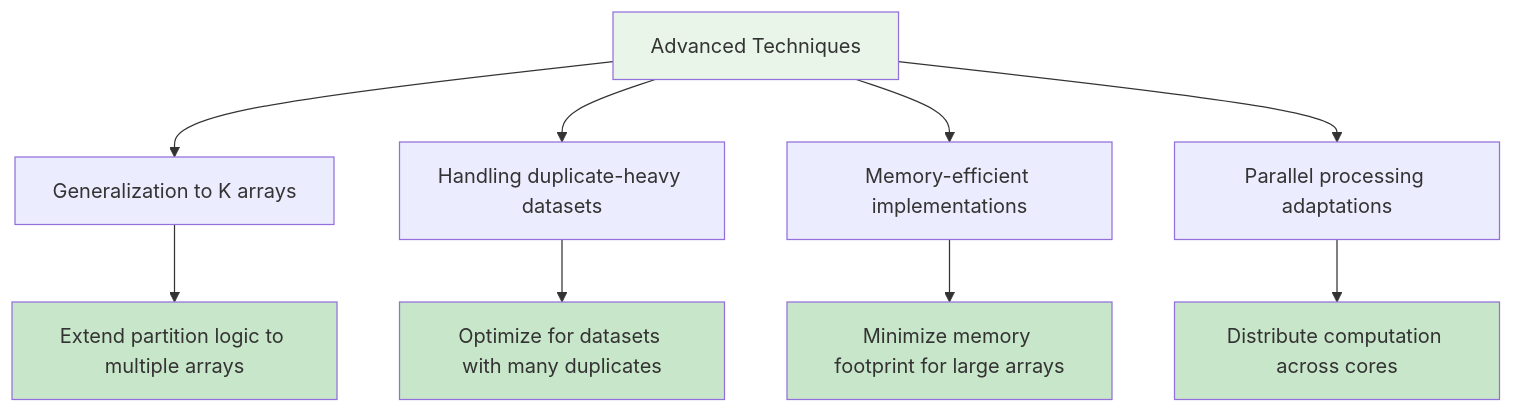
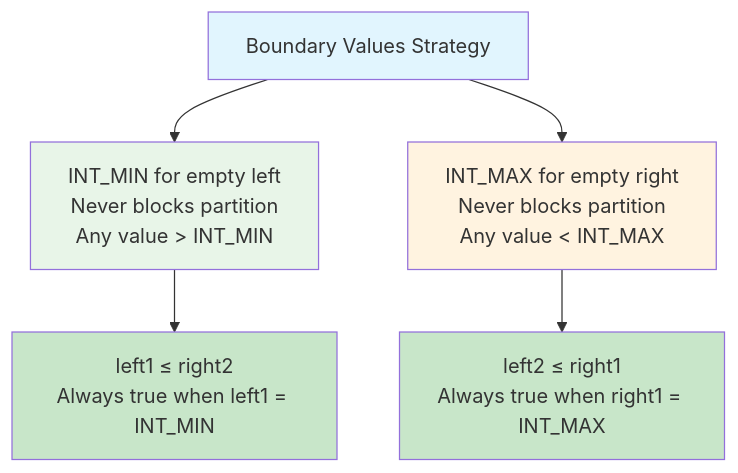
Before and after one commit to LuckyLongre123/DSA_CPP: diagram 19 of 25 in Day_043/README.md, drawn with Mermaid. The commit also changed other lines of this file and 10 other files, not shown here.

````diff
--- a/Day_043/README.md
+++ b/Day_043/README.md
@@ -592,18 +995,14 @@
 ```mermaid
-graph TD
-    A[Advanced Techniques] --> B[Generalization to K arrays]
-    A --> C[Handling duplicate-heavy datasets]
-    A --> D[Memory-efficient implementations]
-    A --> E[Parallel processing adaptations]
+flowchart TD
+    A["Boundary Values Strategy"] --> B["INT_MIN for empty left<br/>Never blocks partition<br/>Any value > INT_MIN"]
+    A --> C["INT_MAX for empty right<br/>Never blocks partition<br/>Any value < INT_MAX"]
     
-    B --> B1[Extend partition logic to multiple arrays]
-    C --> C1[Optimize for datasets with many duplicates]
-    D --> D1[Minimize memory footprint for large arrays]
-    E --> E1[Distribute computation across cores]
+    B --> D["left1 ≤ right2<br/>Always true when left1 = INT_MIN"]
+    C --> E["left2 ≤ right1<br/>Always true when right1 = INT_MAX"]
     
-    style A fill:#e8f5e8
-    style B1 fill:#c8e6c9
-    style C1 fill:#c8e6c9
-    style D1 fill:#c8e6c9
-    style E1 fill:#c8e6c9
+    style A fill:#e1f5fe
+    style B fill:#e8f5e8
+    style C fill:#fff3e0
+    style D fill:#c8e6c9
+    style E fill:#c8e6c9
 ```
````
